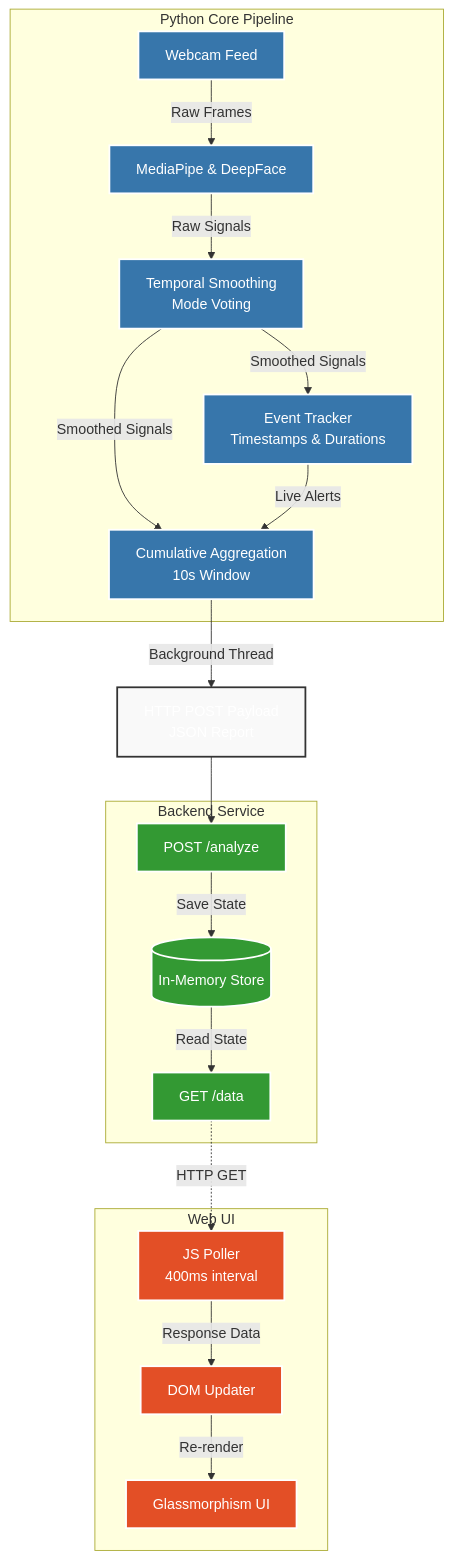
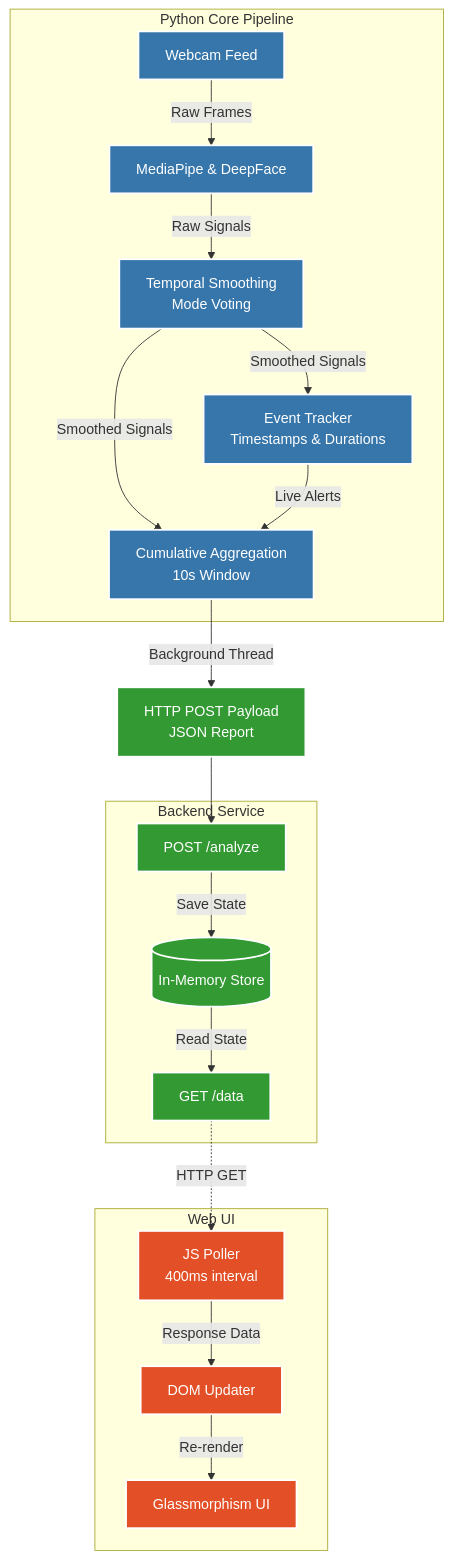
Before and after one commit to Shabiul/Advisor-ai: the diagram in README.md, drawn with Mermaid.

Commit message:
docs: Specify black color for HTTP POST Payload in diagram.

````diff
--- a/README.md
+++ b/README.md
@@ -33,56 +33,56 @@
 ```mermaid
 graph TD
     %% Define Styles
     classDef python fill:#3776AB,stroke:#fff,stroke-width:2px,color:#fff;
     classDef node fill:#339933,stroke:#fff,stroke-width:2px,color:#fff;
     classDef web fill:#E34F26,stroke:#fff,stroke-width:2px,color:#fff;
     classDef data fill:#f9f9f9,stroke:#333,stroke-width:2px;
 
     %% Python Core
     subgraph Python Vision Engine [Python Core Pipeline]
         Cam[Webcam Feed]
         MP[MediaPipe & DeepFace]
         TS[Temporal Smoothing\nMode Voting]
         ET[Event Tracker\nTimestamps & Durations]
         AG[Cumulative Aggregation\n10s Window]
         
         Cam -->|Raw Frames| MP
         MP -->|Raw Signals| TS
         TS -->|Smoothed Signals| ET
         TS -->|Smoothed Signals| AG
         ET -->|Live Alerts| AG
     end
 
     %% Network Boundary
-    HTTP[HTTP POST Payload\nJSON Report]:::data
+    HTTP[HTTP POST Payload\nJSON Report]:::data,color:black
 
     %% Node Backend
     subgraph Node.js Server [Backend Service]
         POST[POST /analyze]
         MEM[(In-Memory Store)]
         GET[GET /data]
         
         POST -->|Save State| MEM
         MEM -->|Read State| GET
     end
 
     %% Web Dashboard
     subgraph Browser Dashboard [Web UI]
         Poll[JS Poller\n400ms interval]
         DOM[DOM Updater]
         UI[Glassmorphism UI]
         
         Poll -->|Response Data| DOM
         DOM -->|Re-render| UI
     end
 
     %% Connections
     AG -->|Background Thread| HTTP
     HTTP --> POST
     GET -.->|HTTP GET| Poll
 
     %% Apply Styles
     Cam:::python; MP:::python; TS:::python; ET:::python; AG:::python;
     POST:::node; MEM:::node; GET:::node;
     Poll:::web; DOM:::web; UI:::web;
 ```
````
